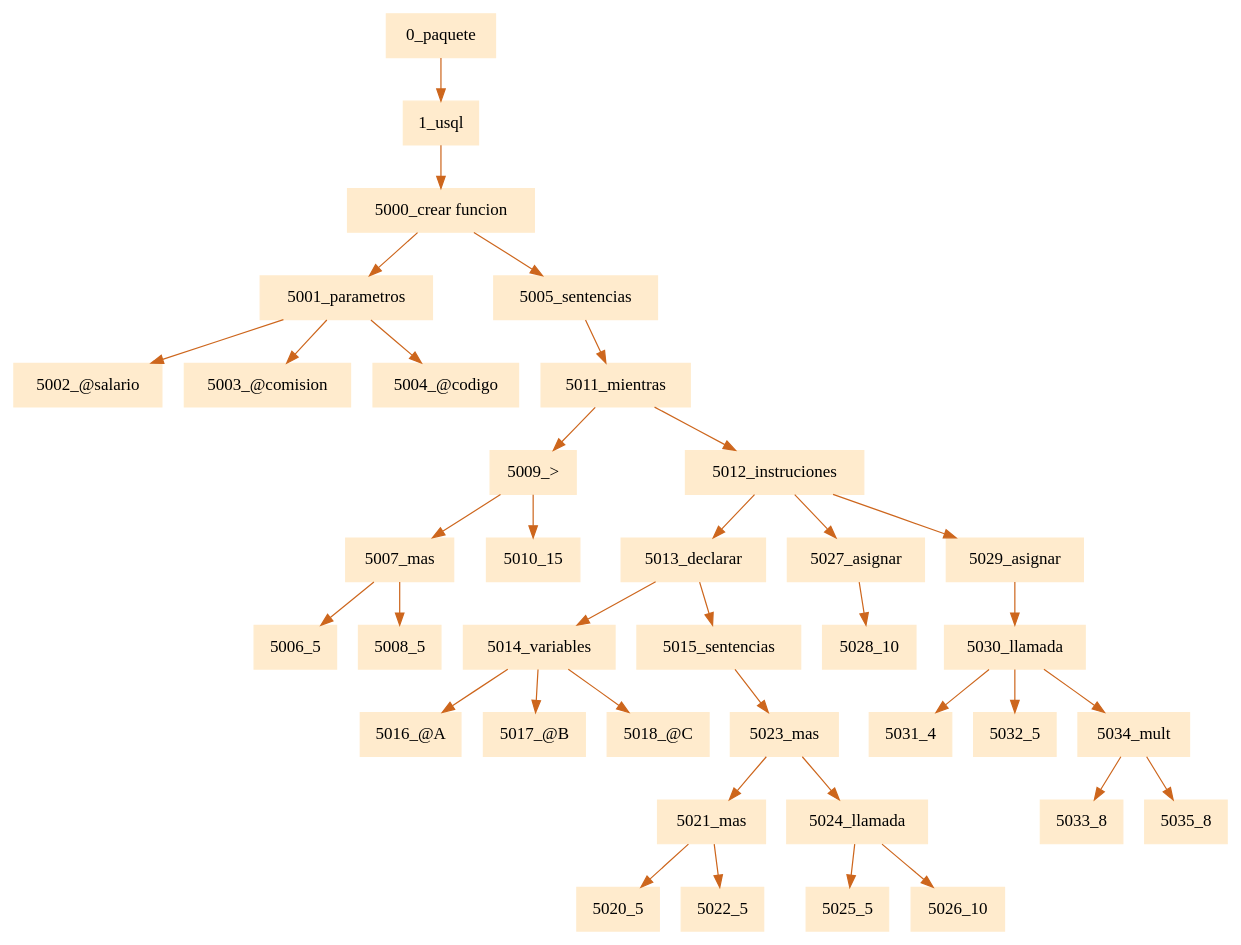
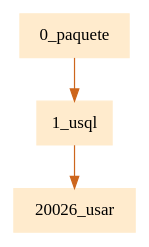
One commit to JamesMelgar/compi2javaccpr1 changed the diagram in pr1Compilarodores2/paquete.dot. Above: the diagram before and after it, drawn with Graphviz. The commit also changed 15 other files, not shown here.

```diff
--- a/pr1Compilarodores2/paquete.dot
+++ b/pr1Compilarodores2/paquete.dot
@@ -1,5 +1,5 @@
 digraph G {node[shape=box, style=filled, color=blanchedalmond]; edge[color=chocolate3];rankdir=UD 
 
-"0_paquete"->"1_usql""1_usql"->"5000_crear funcion""5000_crear funcion"->"5001_parametros""5001_parametros"->"5002_@salario""5001_parametros"->"5003_@comision""5001_parametros"->"5004_@codigo""5000_crear funcion"->"5005_sentencias""5005_sentencias"->"5011_mientras""5011_mientras"->"5009_>""5009_>"->"5007_mas""5007_mas"->"5006_5""5007_mas"->"5008_5""5009_>"->"5010_15""5011_mientras"->"5012_instruciones""5012_instruciones"->"5013_declarar""5013_declarar"->"5014_variables""5014_variables"->"5016_@A""5014_variables"->"5017_@B""5014_variables"->"5018_@C""5013_declarar"->"5015_sentencias""5015_sentencias"->"5023_mas""5023_mas"->"5021_mas""5021_mas"->"5020_5""5021_mas"->"5022_5""5023_mas"->"5024_llamada""5024_llamada"->"5025_5""5024_llamada"->"5026_10""5012_instruciones"->"5027_asignar""5027_asignar"->"5028_10""5012_instruciones"->"5029_asignar""5029_asignar"->"5030_llamada""5030_llamada"->"5031_4""5030_llamada"->"5032_5""5030_llamada"->"5034_mult""5034_mult"->"5033_8""5034_mult"->"5035_8"
+"0_paquete"->"1_usql""1_usql"->"20026_usar"
 
 }
```
